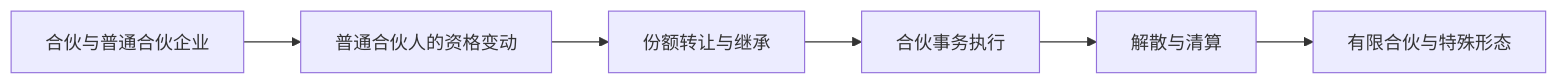
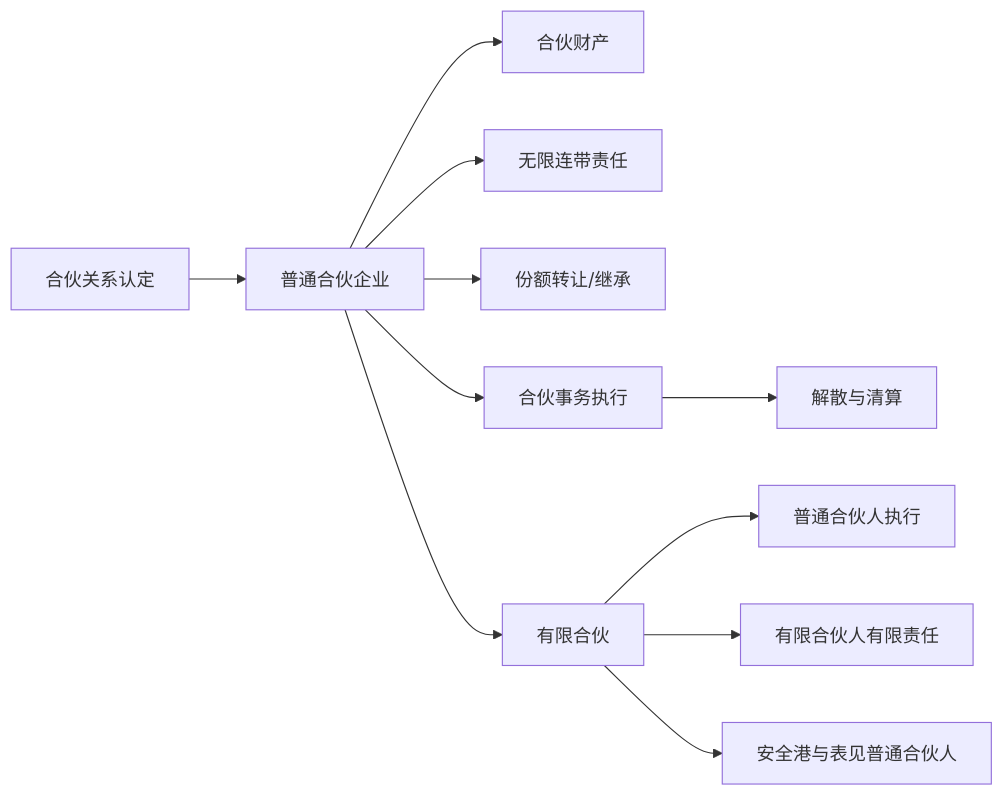
Before and after one commit to chilly-chilli/ChillyChilli: the diagram in content/法学/民商法/商法/Chap4. 合伙企业法.md, drawn with Mermaid. The commit also changed other lines of this file and 41 other files, not shown here.

````diff
--- a/content/法学/民商法/商法/Chap4. 合伙企业法.md
+++ b/content/法学/民商法/商法/Chap4. 合伙企业法.md
@@ -21,8 +30,13 @@
 ```mermaid
 flowchart LR
-    A["合伙与普通合伙企业"] --> B["普通合伙人的资格变动"]
-    B --> C["份额转让与继承"]
-    C --> D["合伙事务执行"]
-    D --> E["解散与清算"]
-    E --> F["有限合伙与特殊形态"]
+  A["合伙关系认定"] --> B["普通合伙企业"]
+  B --> C["合伙财产"]
+  B --> D["无限连带责任"]
+  B --> E["份额转让/继承"]
+  B --> F["合伙事务执行"]
+  F --> G["解散与清算"]
+  B --> H["有限合伙"]
+  H --> H1["普通合伙人执行"]
+  H --> H2["有限合伙人有限责任"]
+  H --> H3["安全港与表见普通合伙人"]
 ```
````
